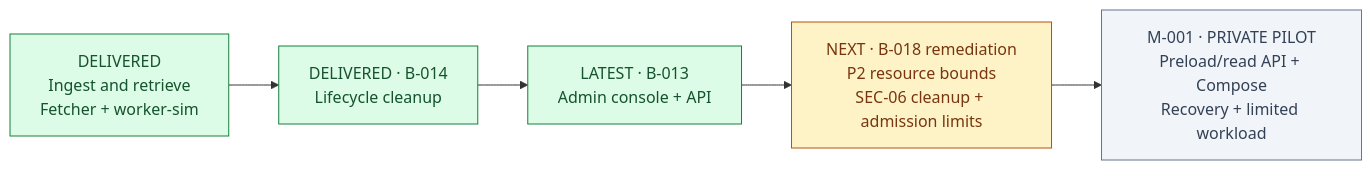
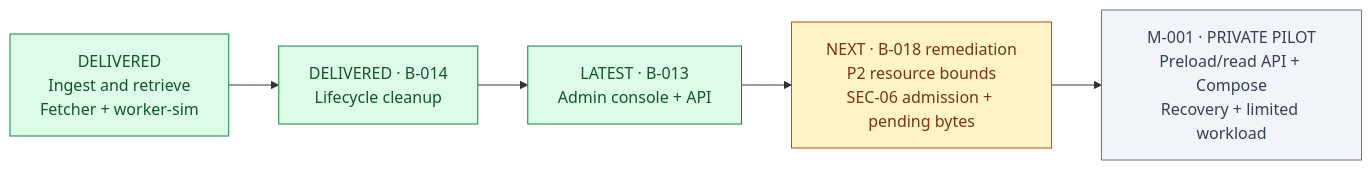
Before and after one commit to mezanno/prototype_cache: the second of 2 diagrams in docs/OVERVIEW.md, drawn with Mermaid. The commit also changed other lines of this file and 10 other files, not shown here.

````diff
--- a/docs/OVERVIEW.md
+++ b/docs/OVERVIEW.md
@@ -110,14 +110,14 @@
 ```mermaid
 flowchart LR
     core["DELIVERED<br/>Ingest and retrieve<br/>Fetcher + worker-sim"]
     lifecycle["DELIVERED · B-014<br/>Lifecycle cleanup"]
     admin["LATEST · B-013<br/>Admin console + API"]
-    security["NEXT · B-018 remediation<br/>P2 resource bounds<br/>SEC-06 cleanup + admission limits"]
+    security["NEXT · B-018 remediation<br/>P2 resource bounds<br/>SEC-06 admission + pending bytes"]
     readiness["M-001 · PRIVATE PILOT<br/>Preload/read API + Compose<br/>Recovery + limited workload"]
     core --> lifecycle --> admin --> security --> readiness
     style core fill:#dcfce7,stroke:#15803d,color:#14532d
     style lifecycle fill:#dcfce7,stroke:#15803d,color:#14532d
     style admin fill:#dcfce7,stroke:#15803d,color:#14532d
     style security fill:#fef3c7,stroke:#b45309,color:#78350f
     style readiness fill:#f1f5f9,stroke:#64748b,color:#334155
 ```
````
